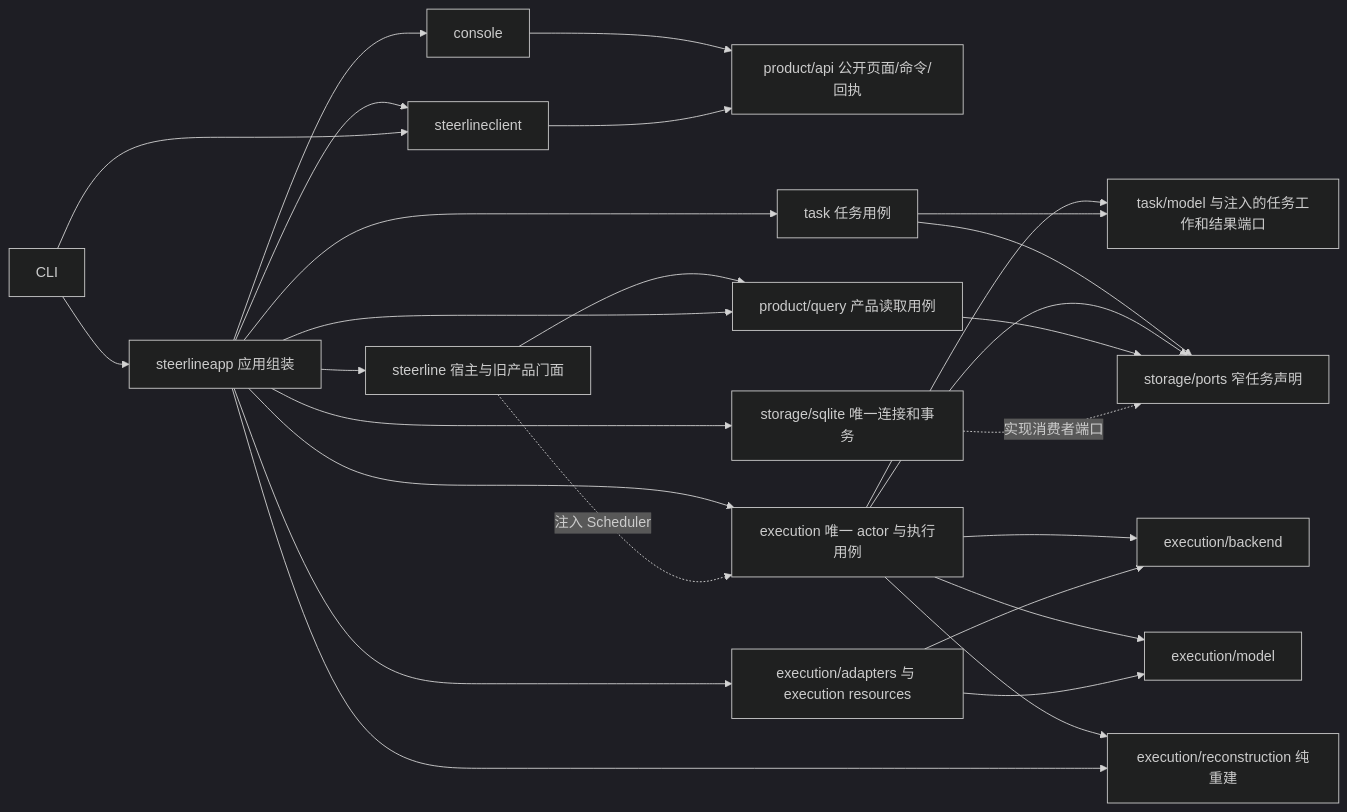
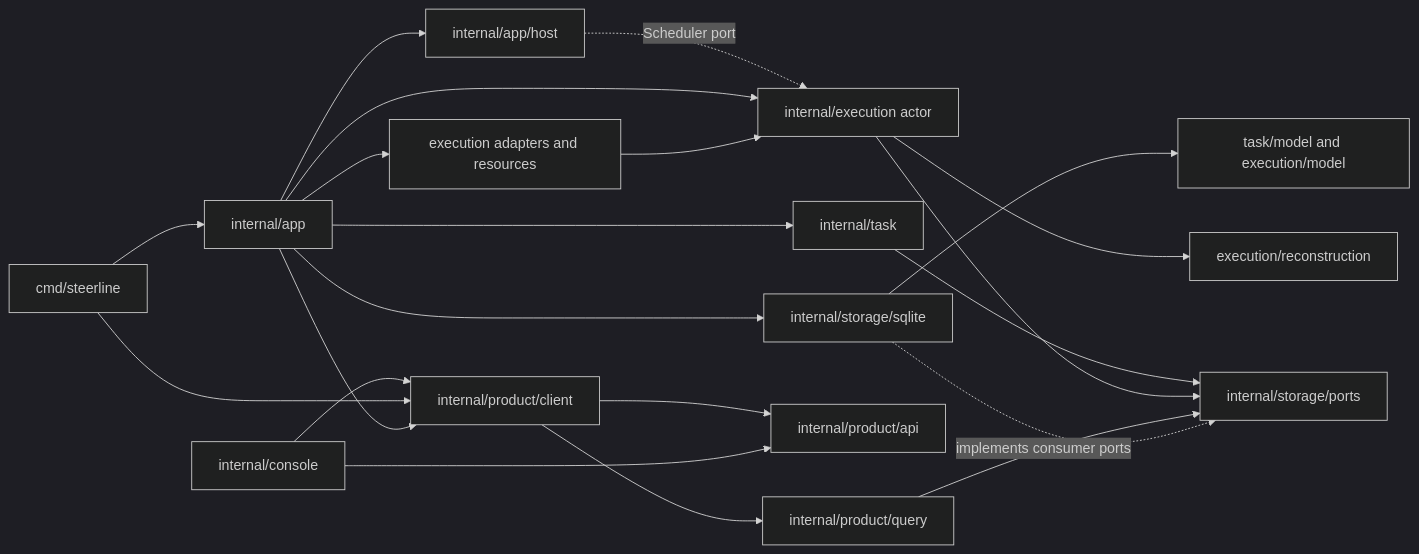
One commit to erranliu/SteerLine changed the diagram in docs/architecture/current-code-architecture.md. Above: the diagram before and after it, drawn with Mermaid (dark theme). The commit also changed other lines of this file and 568 other files, not shown here.

Commit message:
refactor: split app composition and service host

````diff
--- a/docs/architecture/current-code-architecture.md
+++ b/docs/architecture/current-code-architecture.md
@@ -11,29 +9,23 @@
 ```mermaid
 flowchart LR
-    Entry[CLI] --> App[steerlineapp 应用组装]
-    App --> UI[console]
-    App --> Client[steerlineclient]
-    Entry --> Client
-    UI --> Product[product/api 公开页面/命令/回执]
-    Client --> Product
-    App --> Task[task 任务用例]
-    App --> Exec[execution 唯一 actor 与执行用例]
-    App --> Host[steerline 宿主与旧产品门面]
-    Host -. 注入 Scheduler .-> Exec
-    Exec --> Work[task/model 与注入的任务工作和结果端口]
-    Task --> Work
-    Exec --> BackendPorts[execution/backend]
-    Exec --> Records[execution/model]
-    App --> Impl[execution/adapters 与 execution resources]
-    Impl --> BackendPorts
-    Impl --> Records
-    Task --> Ports[storage/ports 窄任务声明]
+    CLI[cmd/steerline] --> App[internal/app]
+    TUI[internal/console] --> Client[internal/product/client]
+    CLI --> Client
+    App --> Client
+    App --> Host[internal/app/host]
+    Host -. Scheduler port .-> Exec[internal/execution actor]
+    App --> Task[internal/task]
+    App --> Exec
+    App --> Adapters[execution adapters and resources]
+    Adapters --> Exec
+    Task --> Ports[internal/storage/ports]
     Exec --> Ports
-    Host --> Query[product/query 产品读取用例]
-    Query --> Ports
-    App --> DB[storage/sqlite 唯一连接和事务]
-    DB -. 实现消费者端口 .-> Ports
-    App --> Query
-    Exec --> Projection[execution/reconstruction 纯重建]
-    App --> Projection
+    Query[internal/product/query] --> Ports
+    Client --> Query
+    Client --> API[internal/product/api]
+    TUI --> API
+    App --> SQLite[internal/storage/sqlite]
+    SQLite -. implements consumer ports .-> Ports
+    SQLite --> Model[task/model and execution/model]
+    Exec --> Rebuild[execution/reconstruction]
 ```
````
